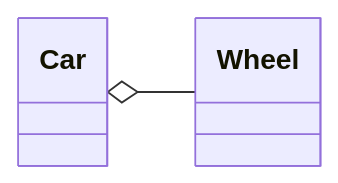
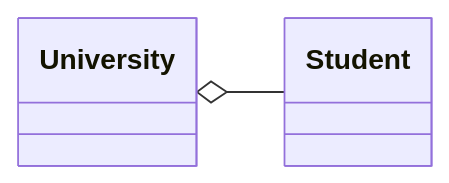
Before and after one commit to InfiniteAstral/notes: the sixth of 8 diagrams in 计算机科学/面向对象设计与Java编程/2 UML 类图及其设计/2-1 UML 类图.md, drawn with Mermaid. The commit also changed other lines of this file, not shown here.

Commit message:
docs: update 计算机科学/面向对象设计与Java编程/2 UML 类图及其设计/2-1 UML 类图.md

````diff
--- a/计算机科学/面向对象设计与Java编程/2 UML 类图及其设计/2-1 UML 类图.md
+++ b/计算机科学/面向对象设计与Java编程/2 UML 类图及其设计/2-1 UML 类图.md
@@ -119,5 +181,5 @@
 ```mermaid
 classDiagram
 direction LR
-Car o-- Wheel
+University o-- Student
 ```
````
